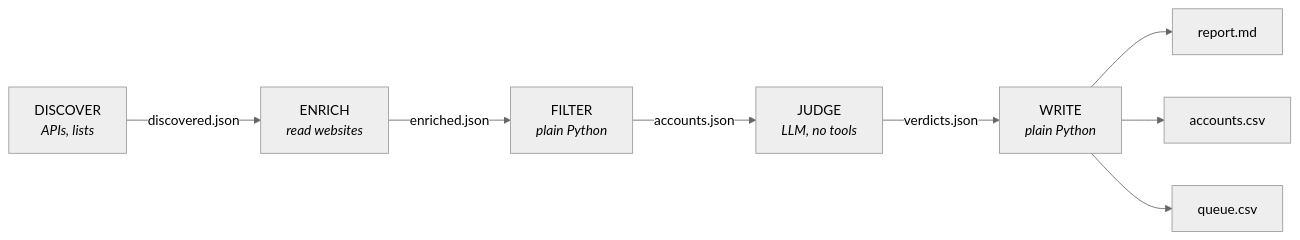
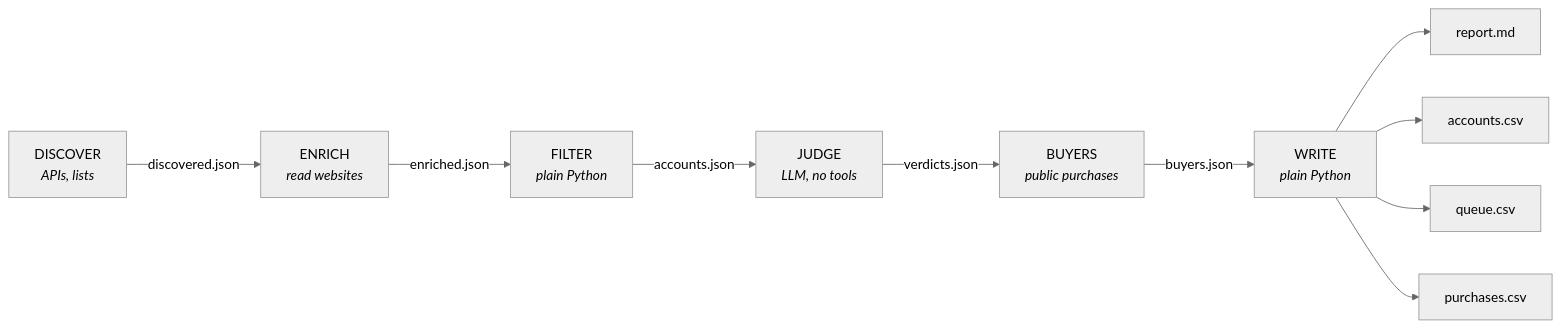
The diagram in README.md (BenPortz/market-mapper), drawn with Mermaid (neutral theme) before and after one commit. The commit also changed other lines of this file and 9 other files, not shown here.

Commit message:
Add buyers stage: public purchase records, strict vendor matching, report section

````diff
--- a/README.md
+++ b/README.md
@@ -54,10 +65,12 @@
 ```mermaid
 flowchart LR
     A[DISCOVER<br/><i>APIs, lists</i>] -->|discovered.json| B[ENRICH<br/><i>read websites</i>]
     B -->|enriched.json| C[FILTER<br/><i>plain Python</i>]
     C -->|accounts.json| D[JUDGE<br/><i>LLM, no tools</i>]
-    D -->|verdicts.json| E[WRITE<br/><i>plain Python</i>]
+    D -->|verdicts.json| B2[BUYERS<br/><i>public purchases</i>]
+    B2 -->|buyers.json| E[WRITE<br/><i>plain Python</i>]
     E --> F[report.md]
     E --> G[accounts.csv]
     E --> H[queue.csv]
+    E --> I[purchases.csv]
 ```
````
